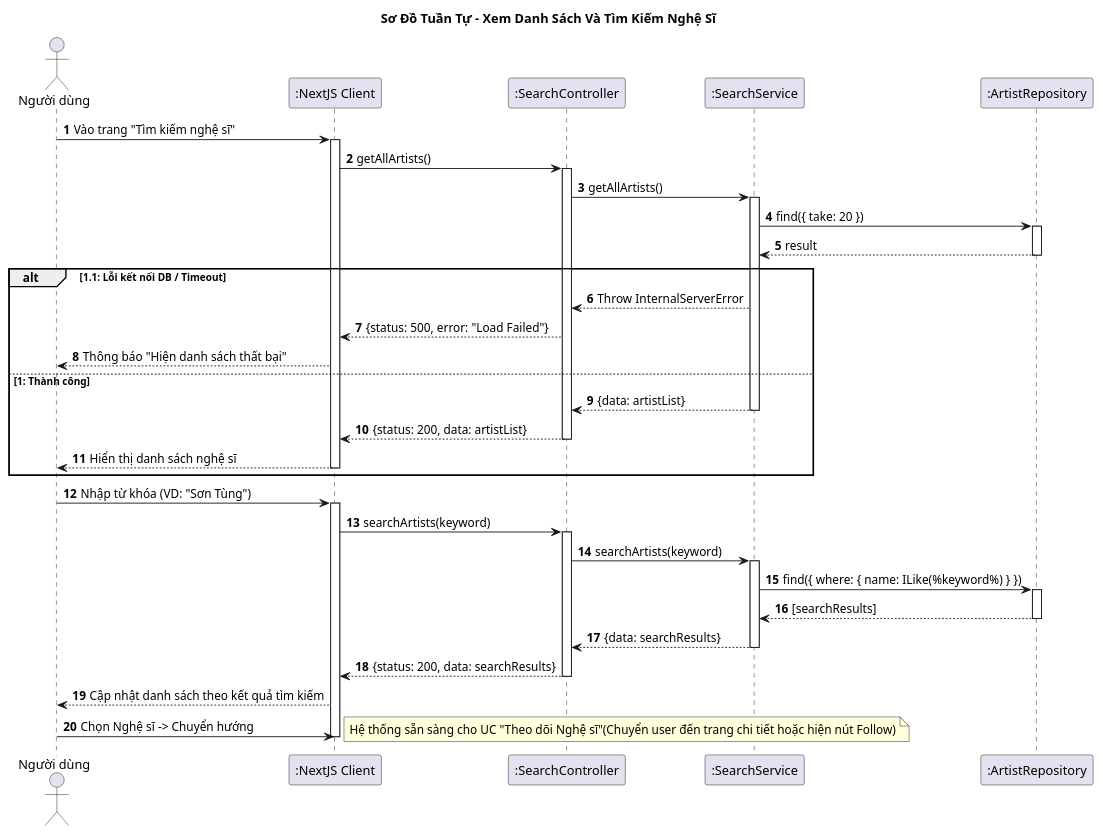
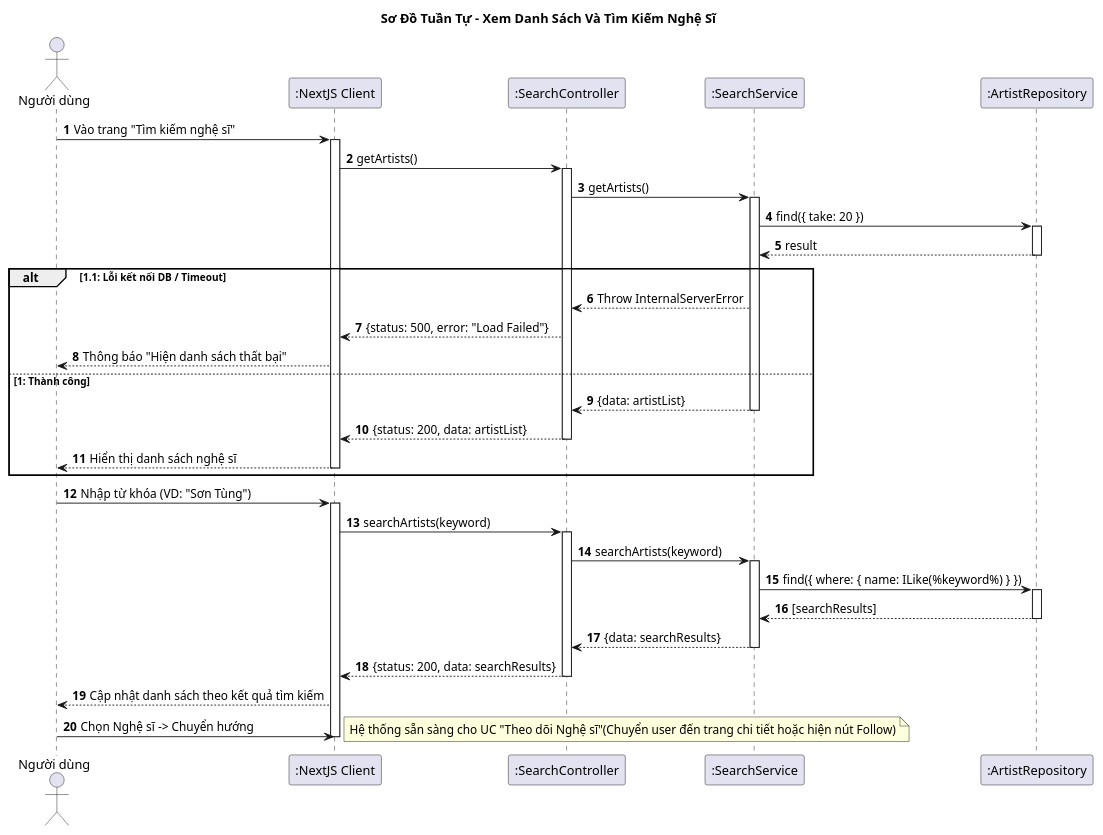
The diagram in Diagrams/SequenceDiagram/ViewSearchArtistSD.plantuml (vinh047/soundwave), drawn with PlantUML before and after one commit. The commit also changed 20 other files, not shown here.

```diff
--- a/Diagrams/SequenceDiagram/ViewSearchArtistSD.plantuml
+++ b/Diagrams/SequenceDiagram/ViewSearchArtistSD.plantuml
@@ -1,72 +1,72 @@
 @startuml Sequence Diagram - Xem Danh Sách Và Tìm Kiếm Nghệ Sĩ 
 
 title Sơ Đồ Tuần Tự - Xem Danh Sách Và Tìm Kiếm Nghệ Sĩ 
 
 actor "Người dùng" as User
 participant ":NextJS Client" as UI
 participant ":SearchController" as Controller
 participant ":SearchService" as Service
 participant ":ArtistRepository" as DB
 
 autonumber
 
 ' === BƯỚC 1: TẢI DANH SÁCH BAN ĐẦU ===
 User -> UI: Vào trang "Tìm kiếm nghệ sĩ"
 activate UI
 
 ' Gửi request (Chỉ gửi 1 lần)
-UI -> Controller: getAllArtists()
+UI -> Controller: getArtists()
 activate Controller
-Controller -> Service: getAllArtists()
+Controller -> Service: getArtists()
 activate Service
 
 ' Truy vấn DB
 Service -> DB: find({ take: 20 })
 activate DB
 DB --> Service: result
 deactivate DB
 
 ' Phân nhánh kết quả trả về
 alt 1.1: Lỗi kết nối DB / Timeout
     Service --> Controller: Throw InternalServerError
     Controller --> UI: {status: 500, error: "Load Failed"}
     UI --> User: Thông báo "Hiện danh sách thất bại"
 
 else 1: Thành công
     Service --> Controller: {data: artistList}
     deactivate Service
     Controller --> UI: {status: 200, data: artistList}
     deactivate Controller
     UI --> User: Hiển thị danh sách nghệ sĩ
     deactivate UI
 end
 
 ' === BƯỚC 2: TÌM KIẾM ===
 User -> UI: Nhập từ khóa (VD: "Sơn Tùng")
 activate UI
 
 ' NestJS: Dùng Query Param (?q=keyword)
 UI -> Controller: searchArtists(keyword)
 activate Controller
 Controller -> Service: searchArtists(keyword)
 activate Service
 
 ' TypeORM: Dùng ILIKE để tìm kiếm không phân biệt hoa thường
 Service -> DB: find({ where: { name: ILike(%keyword%) } })
 activate DB
 DB --> Service: [searchResults]
 deactivate DB
 
 Service --> Controller: {data: searchResults}
 deactivate Service
 Controller --> UI: {status: 200, data: searchResults}
 deactivate Controller
 
 UI --> User: Cập nhật danh sách theo kết quả tìm kiếm
 
 ' === BƯỚC 3: CHỌN NGHỆ SĨ ===
 User -> UI: Chọn Nghệ sĩ -> Chuyển hướng
 note right: Hệ thống sẵn sàng cho UC "Theo dõi Nghệ sĩ"(Chuyển user đến trang chi tiết hoặc hiện nút Follow)
 deactivate UI
 
 @enduml
```
